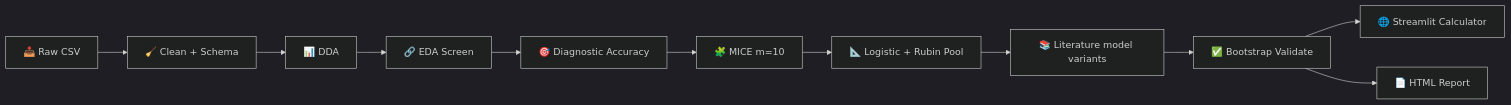
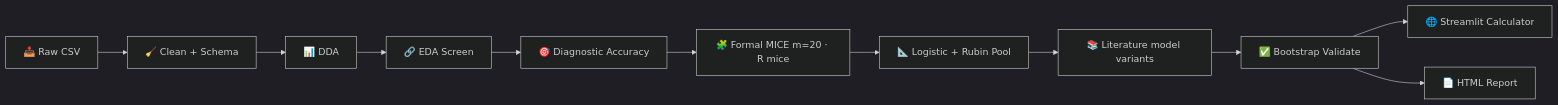
The diagram in README.md (DrAndrushka/meningioma-atypier), drawn with Mermaid (dark theme) before and after one commit. The commit also changed other lines of this file and 12 other files, not shown here.

````diff
--- a/README.md
+++ b/README.md
@@ -72,13 +73,13 @@
 ```mermaid
 flowchart LR
     A[📥 Raw CSV] --> B[🧹 Clean + Schema]
     B --> C[📊 DDA]
     C --> D[🔗 EDA Screen]
     D --> D2[🎯 Diagnostic Accuracy]
-    D2 --> E[🧩 MICE m=10]
+    D2 --> E[🧩 Formal MICE m=20 · R mice]
     E --> F[📐 Logistic + Rubin Pool]
     F --> F2[📚 Literature model variants]
     F2 --> G[✅ Bootstrap Validate]
     G --> H[🌐 Streamlit Calculator]
     G --> I[📄 HTML Report]
 ```
````
